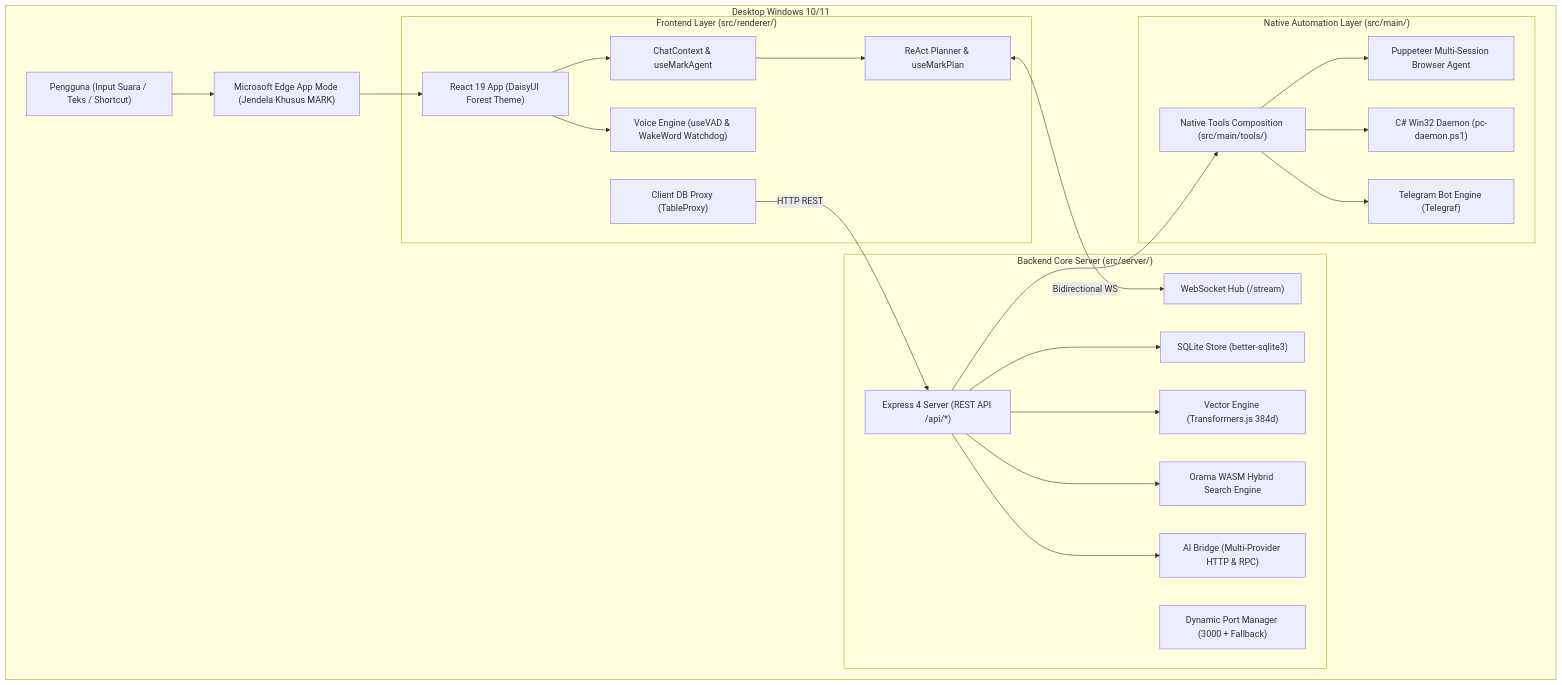
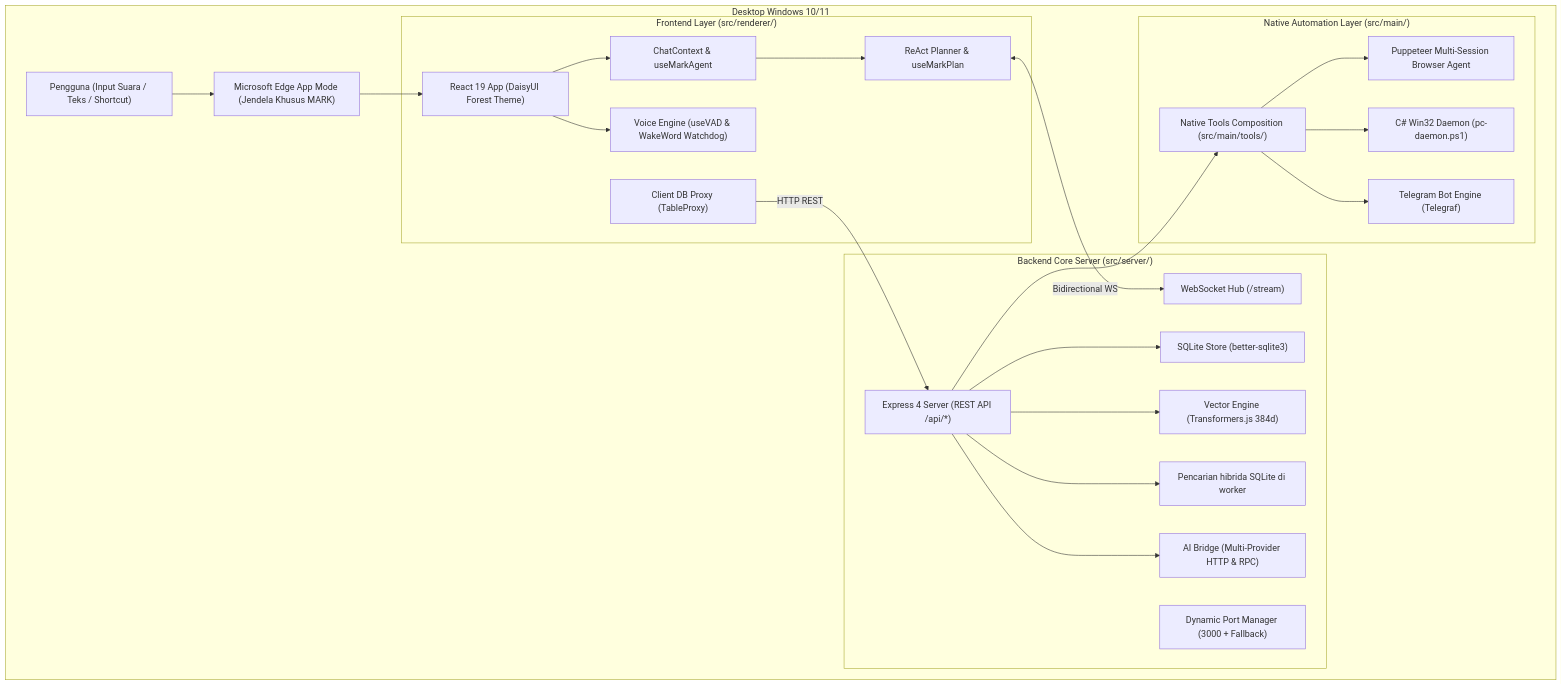
The diagram in docs/01-getting-started/overview.md (Mazees/mark-agent), drawn with Mermaid before and after one commit. The commit also changed other lines of this file and 37 other files, not shown here.

````diff
--- a/docs/01-getting-started/overview.md
+++ b/docs/01-getting-started/overview.md
@@ -37,51 +37,51 @@
 ```mermaid
 graph TB
     subgraph "Desktop Windows 10/11"
         User["Pengguna (Input Suara / Teks / Shortcut)"]
         EdgeApp["Microsoft Edge App Mode (Jendela Khusus MARK)"]
 
         subgraph "Frontend Layer (src/renderer/)"
             ReactApp["React 19 App (DaisyUI Forest Theme)"]
             ChatEngine["ChatContext & useMarkAgent"]
             ReActPlanner["ReAct Planner & useMarkPlan"]
             VADEngine["Voice Engine (useVAD & WakeWord Watchdog)"]
             TableProxy["Client DB Proxy (TableProxy)"]
         end
 
         subgraph "Backend Core Server (src/server/)"
             ExpressApp["Express 4 Server (REST API /api/*)"]
             WSHub["WebSocket Hub (/stream)"]
             PortMgr["Dynamic Port Manager (3000 + Fallback)"]
             DBStore["SQLite Store (better-sqlite3)"]
             VectorEng["Vector Engine (Transformers.js 384d)"]
-            OramaStore["Orama WASM Hybrid Search Engine"]
+            MemorySearch["Pencarian hibrida SQLite di worker"]
             AIBridge["AI Bridge (Multi-Provider HTTP & RPC)"]
         end
 
         subgraph "Native Automation Layer (src/main/)"
             BrowserAgent["Puppeteer Multi-Session Browser Agent"]
             PCDaemon["C# Win32 Daemon (pc-daemon.ps1)"]
             NodeTools["Native Tools Composition (src/main/tools/)"]
             TelegramService["Telegram Bot Engine (Telegraf)"]
         end
     end
 
     User --> EdgeApp
     EdgeApp --> ReactApp
     ReactApp --> ChatEngine
     ChatEngine --> ReActPlanner
     ReactApp --> VADEngine
 
     TableProxy -->|HTTP REST| ExpressApp
     ReActPlanner <-->|Bidirectional WS| WSHub
 
     ExpressApp --> DBStore
     ExpressApp --> VectorEng
-    ExpressApp --> OramaStore
+    ExpressApp --> MemorySearch
     ExpressApp --> AIBridge
     ExpressApp --> NodeTools
 
     NodeTools --> BrowserAgent
     NodeTools --> PCDaemon
     NodeTools --> TelegramService
 ```
````
